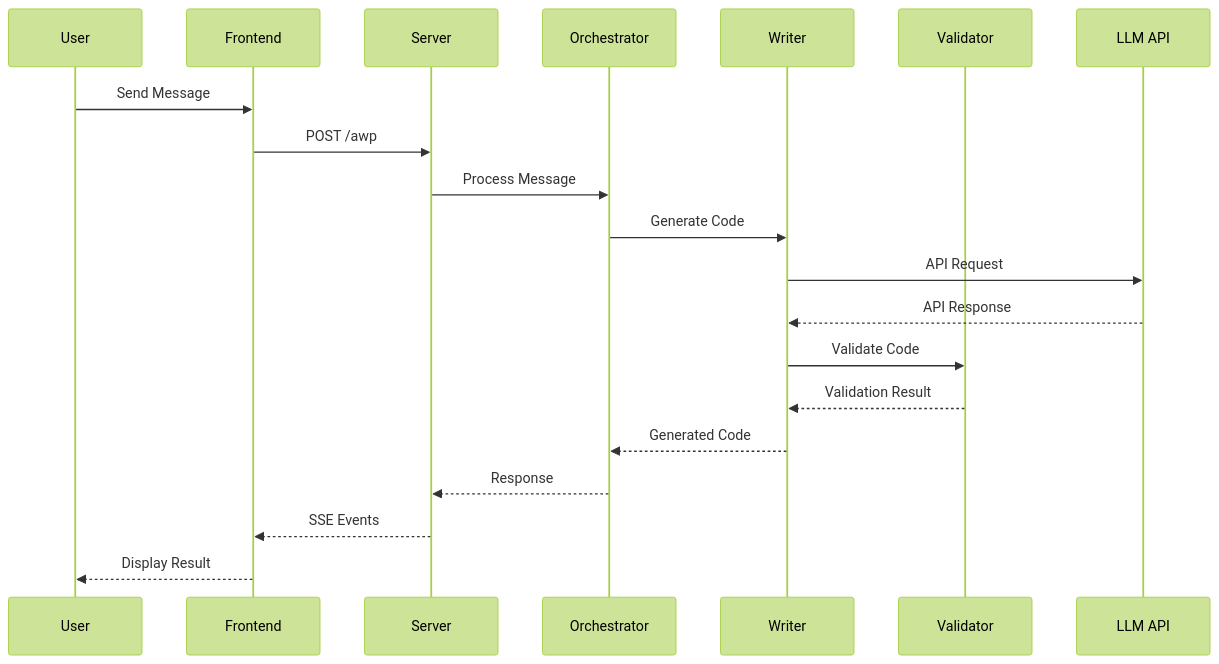
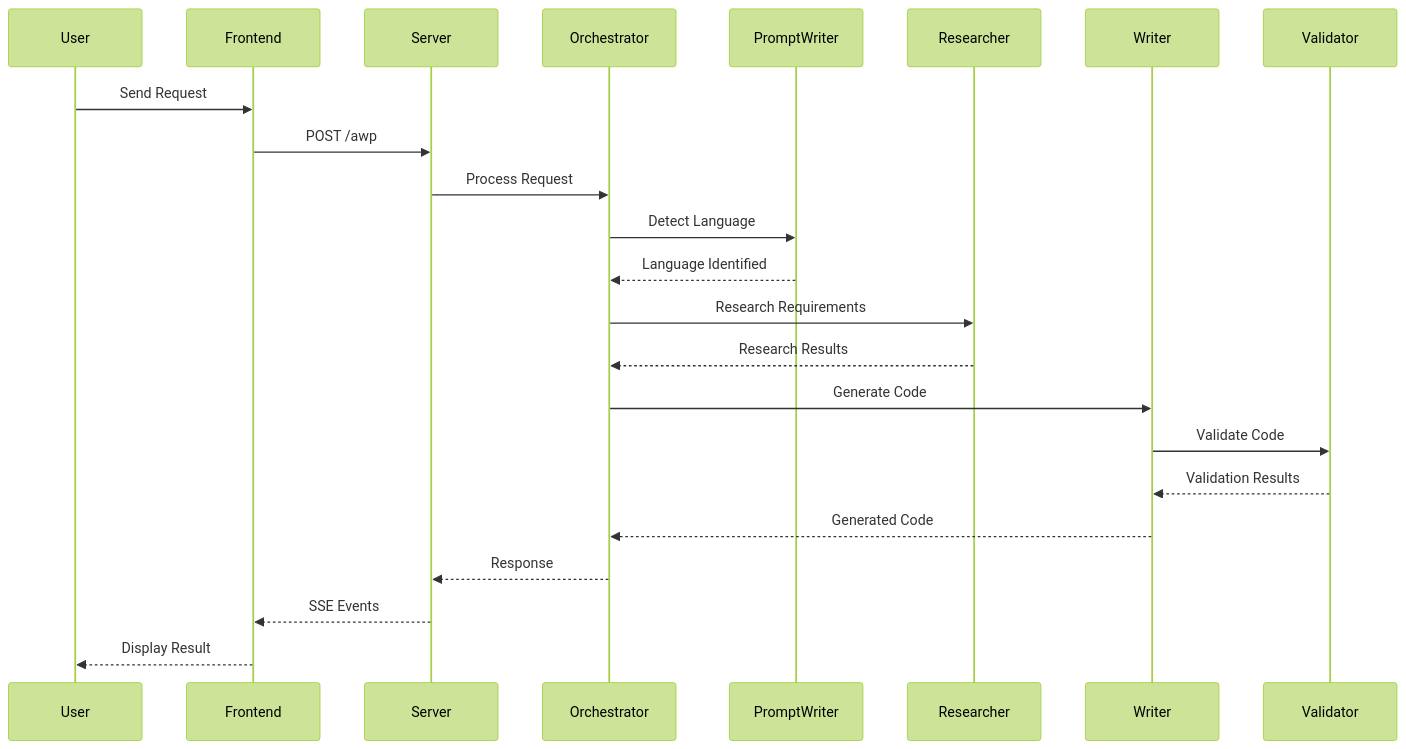
One commit to vbwyrde/AG_UI_Test changed the first of 2 diagrams in DOCUMENTATION.md. Above: the diagram before and after it, drawn with Mermaid (forest theme). The commit also changed other lines of this file, not shown here.

````diff
--- a/DOCUMENTATION.md
+++ b/DOCUMENTATION.md
@@ -226,23 +26,26 @@
-```mermaid
-sequenceDiagram
-    participant U as User
-    participant F as Frontend
-    participant S as Server
-    participant O as Orchestrator
-    participant W as Writer
-    participant V as Validator
-    participant L as LLM API
+   ```mermaid
+   sequenceDiagram
+       participant U as User
+       participant F as Frontend
+       participant S as Server
+       participant O as Orchestrator
+       participant P as PromptWriter
+       participant R as Researcher
+       participant W as Writer
+       participant V as Validator
 
-    U->>F: Send Message
-    F->>S: POST /awp
-    S->>O: Process Message
-    O->>W: Generate Code
-    W->>L: API Request
-    L-->>W: API Response
-    W->>V: Validate Code
-    V-->>W: Validation Result
-    W-->>O: Generated Code
-    O-->>S: Response
-    S-->>F: SSE Events
-    F-->>U: Display Result
-```
+       U->>F: Send Request
+       F->>S: POST /awp
+       S->>O: Process Request
+       O->>P: Detect Language
+       P-->>O: Language Identified
+       O->>R: Research Requirements
+       R-->>O: Research Results
+       O->>W: Generate Code
+       W->>V: Validate Code
+       V-->>W: Validation Results
+       W-->>O: Generated Code
+       O-->>S: Response
+       S-->>F: SSE Events
+       F-->>U: Display Result
+   ```
````
